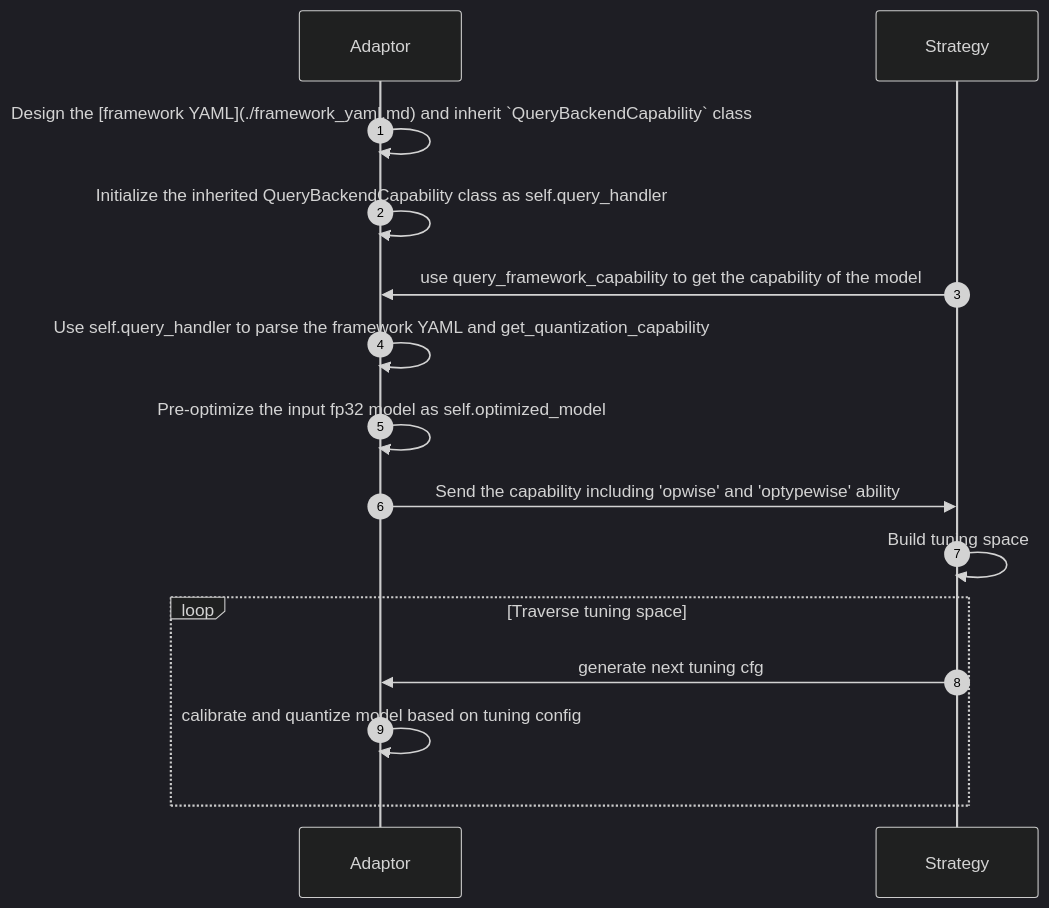
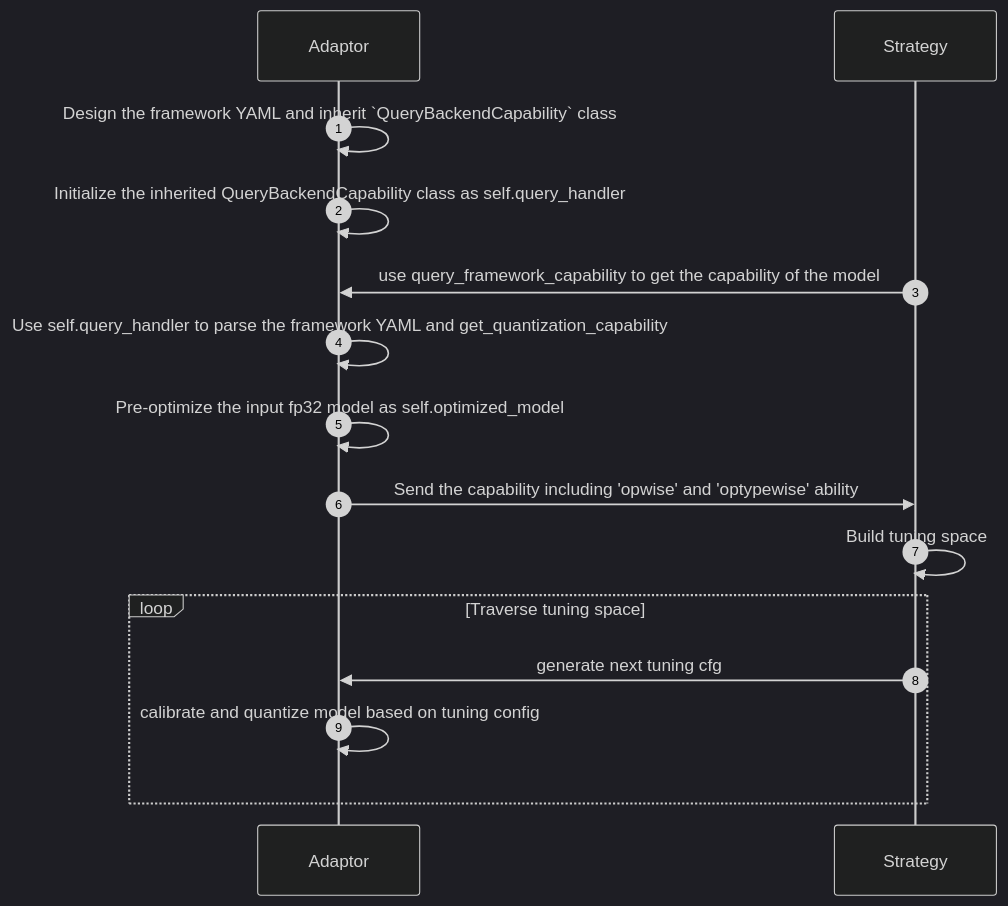
Before and after one commit to intel/neural-compressor: the diagram in docs/source/add_new_adaptor.md, drawn with Mermaid (dark theme). The commit also changed other lines of this file and 1 other file, not shown here.

````diff
--- a/docs/source/add_new_adaptor.md
+++ b/docs/source/add_new_adaptor.md
@@ -25,17 +24,17 @@
 ```mermaid
   sequenceDiagram
   	autonumber
   	autonumber
-    Adaptor ->> Adaptor: Design the [framework YAML](./framework_yaml.md) and inherit `QueryBackendCapability` class
+    Adaptor ->> Adaptor: Design the framework YAML and inherit `QueryBackendCapability` class
     Adaptor ->> Adaptor: Initialize the inherited QueryBackendCapability class as self.query_handler
     Strategy ->> Adaptor: use query_framework_capability to get the capability of the model
     Adaptor ->> Adaptor: Use self.query_handler to parse the framework YAML and get_quantization_capability
     Adaptor ->> Adaptor: Pre-optimize the input fp32 model as self.optimized_model
     Adaptor ->> Strategy: Send the capability including 'opwise' and 'optypewise' ability
     Strategy ->> Strategy: Build tuning space
     loop Traverse tuning space
     	Strategy->> Adaptor: generate next tuning cfg
         Adaptor ->> Adaptor: calibrate and quantize model based on tuning config
 
     end
 ```
````
